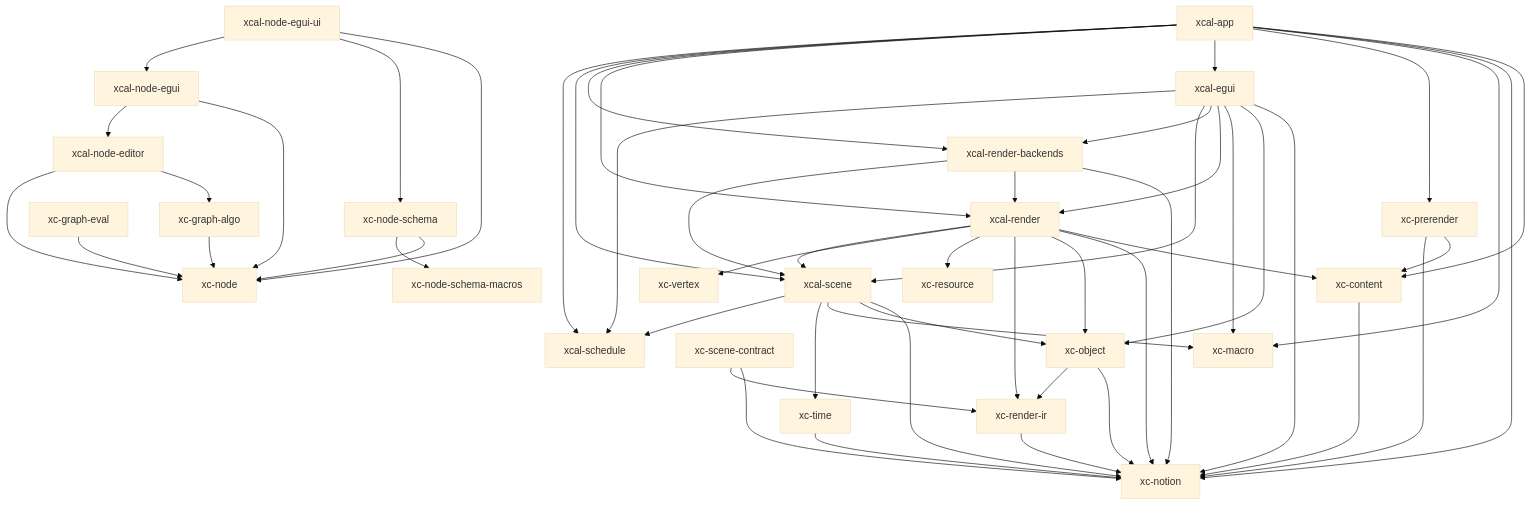
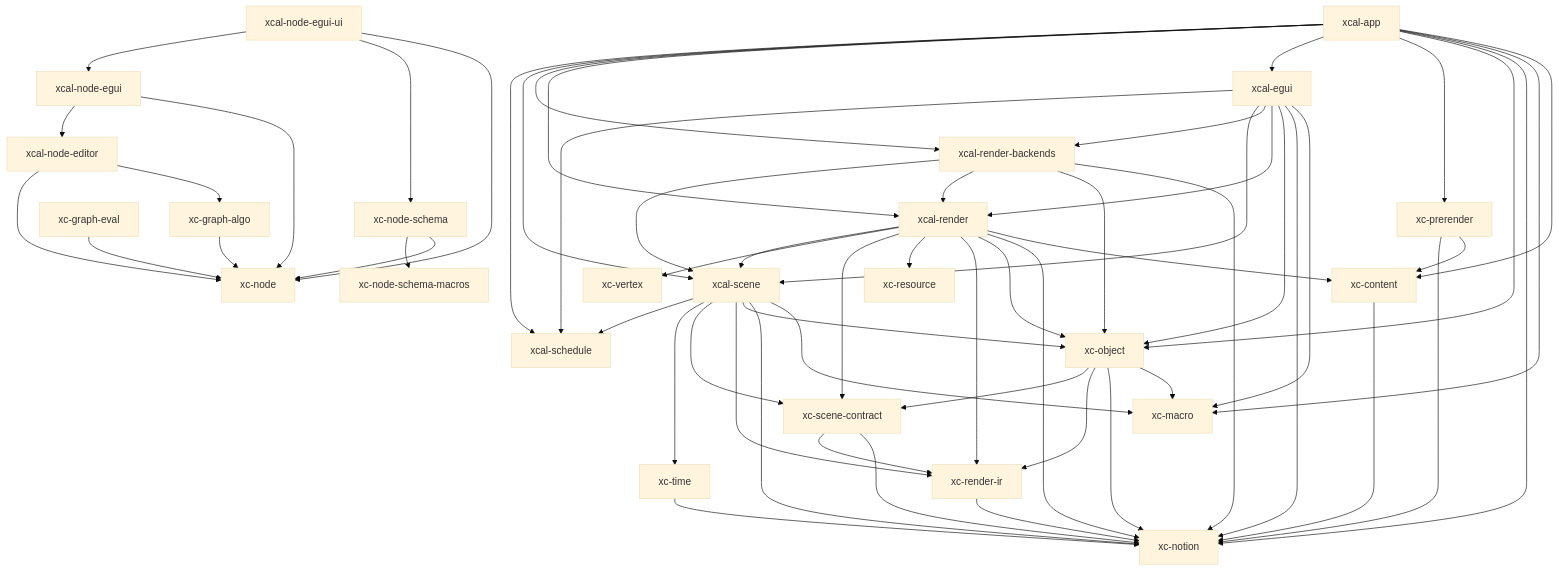
One commit to xcrtp/xcal-rs changed the diagram in workspace-analyzer.mmd. Above: the diagram before and after it, drawn with Mermaid (base theme). The commit also changed 43 other files, not shown here.

First line of the commit message:
refactor(kernel,render): M3 余项 — 契约层落地 + 场景对象层 + record_scene 去 hecs

```diff
--- a/workspace-analyzer.mmd
+++ b/workspace-analyzer.mmd
@@ -1,53 +1,60 @@
 graph TD
     xc-content --> xc-notion
     xc-graph-algo --> xc-node
     xc-graph-eval --> xc-node
     xc-node-schema --> xc-node
     xc-node-schema --> xc-node-schema-macros
+    xc-object --> xc-macro
     xc-object --> xc-notion
     xc-object --> xc-render-ir
+    xc-object --> xc-scene-contract
     xc-prerender --> xc-content
     xc-prerender --> xc-notion
     xc-render-ir --> xc-notion
     xc-scene-contract --> xc-notion
     xc-scene-contract --> xc-render-ir
     xc-time --> xc-notion
     xcal-app --> xc-content
+    xcal-app --> xc-macro
     xcal-app --> xc-notion
-    xcal-app --> xc-macro
+    xcal-app --> xc-object
     xcal-app --> xc-prerender
     xcal-app --> xcal-egui
     xcal-app --> xcal-render
     xcal-app --> xcal-render-backends
     xcal-app --> xcal-scene
     xcal-app --> xcal-schedule
+    xcal-egui --> xc-macro
     xcal-egui --> xc-notion
     xcal-egui --> xc-object
-    xcal-egui --> xc-macro
     xcal-egui --> xcal-render
     xcal-egui --> xcal-render-backends
     xcal-egui --> xcal-scene
     xcal-egui --> xcal-schedule
     xcal-node-editor --> xc-graph-algo
     xcal-node-editor --> xc-node
     xcal-node-egui --> xc-node
     xcal-node-egui --> xcal-node-editor
     xcal-node-egui-ui --> xc-node
     xcal-node-egui-ui --> xc-node-schema
     xcal-node-egui-ui --> xcal-node-egui
     xcal-render --> xc-content
     xcal-render --> xc-notion
     xcal-render --> xc-object
     xcal-render --> xc-render-ir
     xcal-render --> xc-resource
+    xcal-render --> xc-scene-contract
     xcal-render --> xc-vertex
     xcal-render --> xcal-scene
     xcal-render-backends --> xc-notion
+    xcal-render-backends --> xc-object
     xcal-render-backends --> xcal-render
     xcal-render-backends --> xcal-scene
+    xcal-scene --> xc-macro
     xcal-scene --> xc-notion
     xcal-scene --> xc-object
-    xcal-scene --> xc-macro
+    xcal-scene --> xc-render-ir
+    xcal-scene --> xc-scene-contract
     xcal-scene --> xc-time
     xcal-scene --> xcal-schedule
 classDef red stroke:#ff0000,stroke-width:2px;
```
